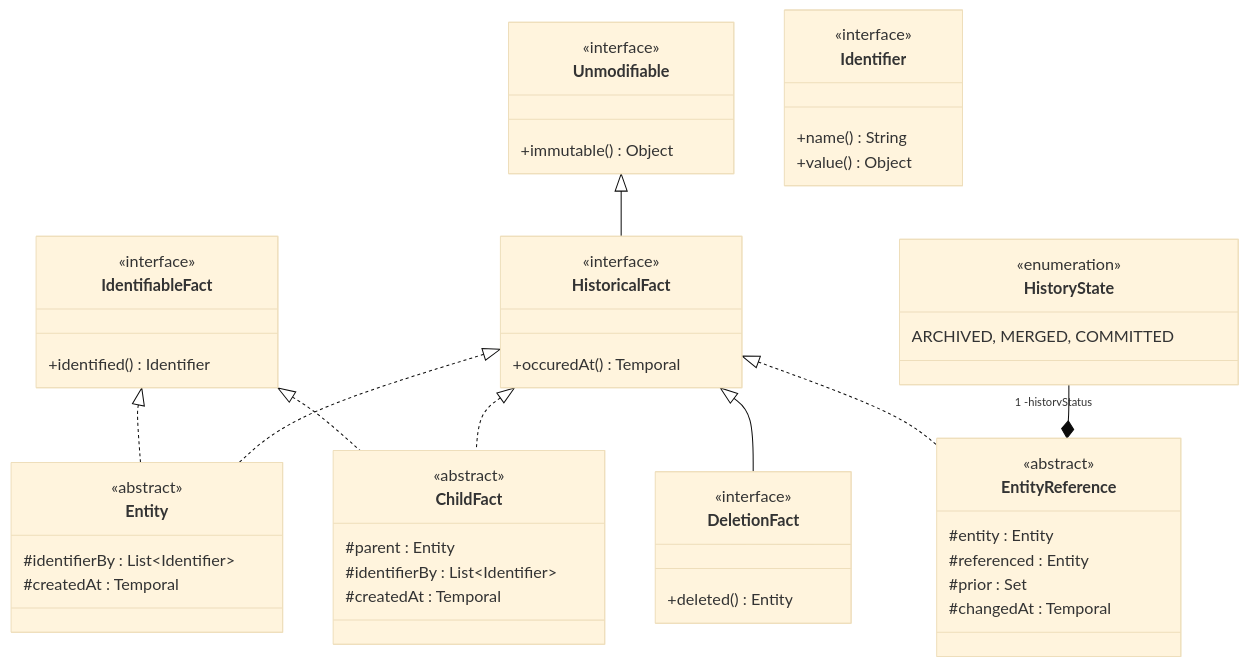
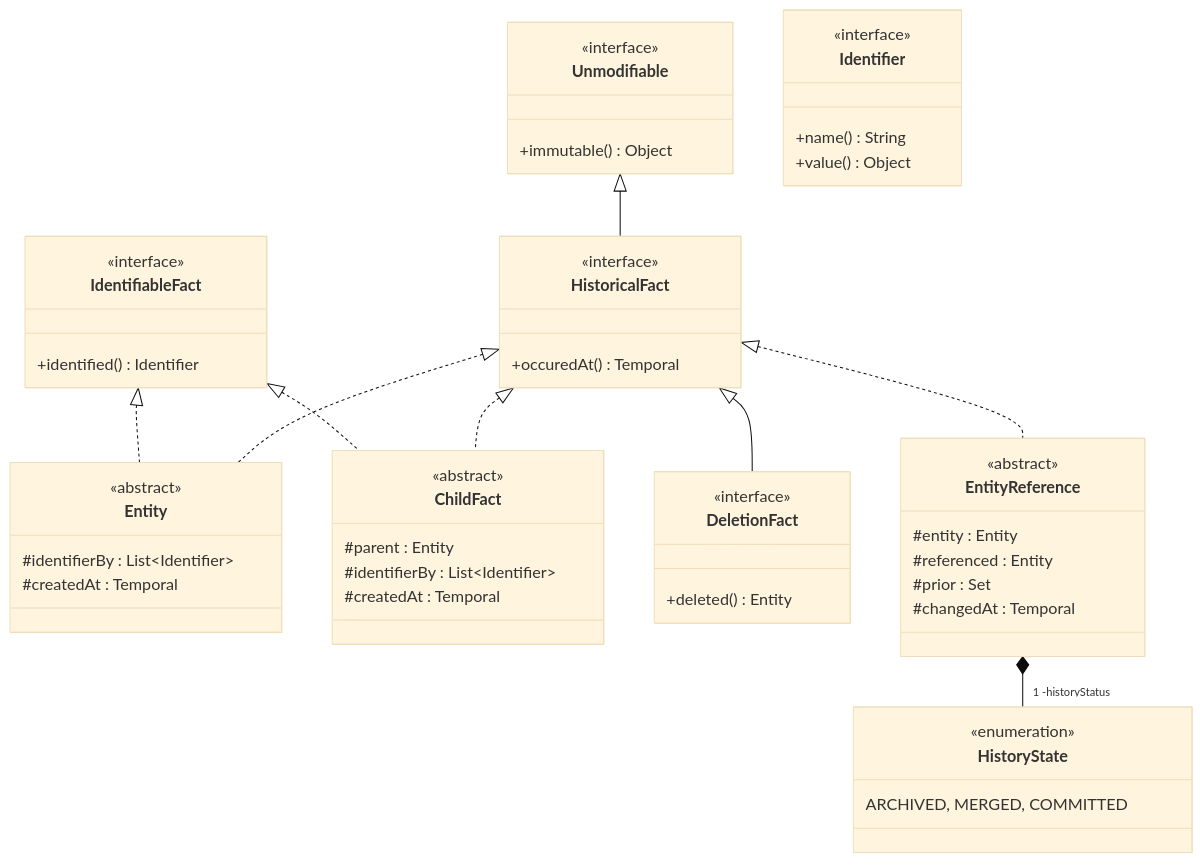
The diagram in implementations-line/framework/immutable/README.md (cybnity/foundation), drawn with Mermaid (base theme) before and after one commit.

````diff
--- a/implementations-line/framework/immutable/README.md
+++ b/implementations-line/framework/immutable/README.md
@@ -27,54 +27,54 @@
 ```mermaid
 classDiagram
     IdentifiableFact <|.. Entity
     HistoricalFact <|.. Entity
     IdentifiableFact <|.. ChildFact
     Unmodifiable <|-- HistoricalFact
     HistoricalFact <|.. ChildFact
     HistoricalFact <|-- DeletionFact
     HistoricalFact <|.. EntityReference
-    HistoryState "1 -historyStatus"--* EntityReference
+    EntityReference *-- "1 -historyStatus" HistoryState
     class HistoricalFact {
         <<interface>>
         +occuredAt() Temporal
     }
     class IdentifiableFact {
         <<interface>>
         +identified() Identifier
     }
     class Entity {
         <<abstract>>
         #identifierBy : List~Identifier~
         #createdAt : Temporal
     }
     class ChildFact {
         <<abstract>>
         #parent : Entity
         #identifierBy : List~Identifier~
         #createdAt : Temporal
     }
     class DeletionFact {
         <<interface>>
         +deleted() Entity
     }
     class Unmodifiable {
         <<interface>>
         +immutable() Object
     }
     class Identifier {
         <<interface>>
         +name() String
         +value() Object
     }
     class HistoryState {
         <<enumeration>>
         ARCHIVED, MERGED, COMMITTED
     }
     class EntityReference {
         <<abstract>>
         #entity : Entity
         #referenced : Entity
         #prior : Set<EntityReference>
         #changedAt : Temporal
     }
 ```
````
